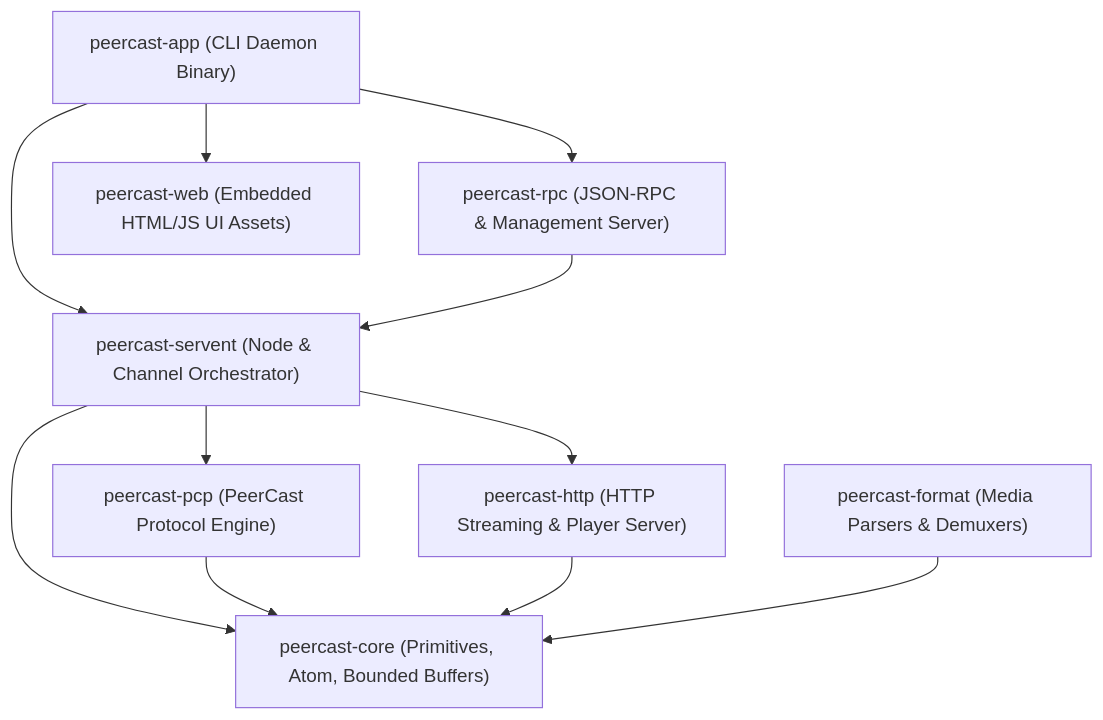
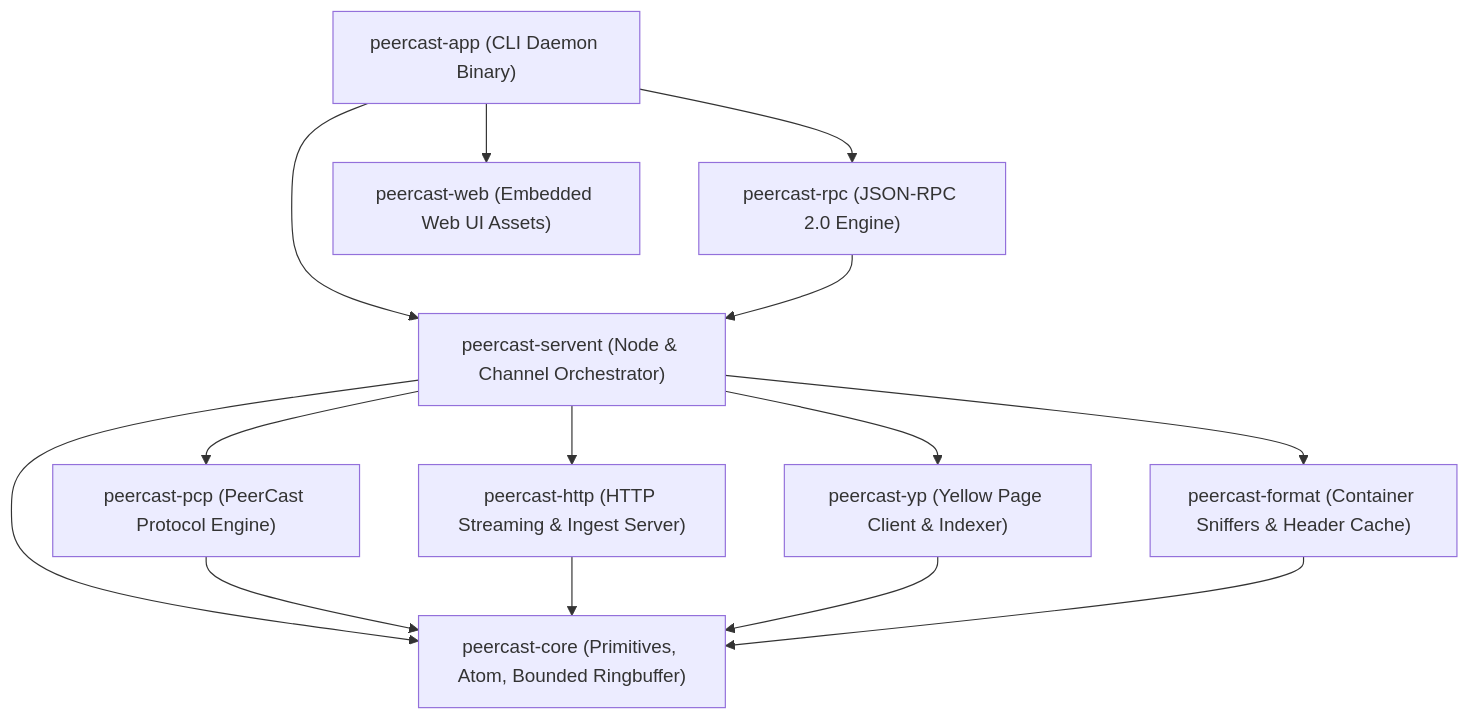
One commit to 4getkun/PeerCastStation_Rust changed the first of 2 diagrams in docs/SPECIFICATION.md. Above: the diagram before and after it, drawn with Mermaid. The commit also changed other lines of this file and 1 other file, not shown here.

````diff
--- a/docs/SPECIFICATION.md
+++ b/docs/SPECIFICATION.md
@@ -45,22 +45,26 @@
 ```mermaid
 graph TD
     App["peercast-app (CLI Daemon Binary)"]
     Servent["peercast-servent (Node & Channel Orchestrator)"]
-    RPC["peercast-rpc (JSON-RPC & Management Server)"]
-    Web["peercast-web (Embedded HTML/JS UI Assets)"]
-    HTTP["peercast-http (HTTP Streaming & Player Server)"]
+    RPC["peercast-rpc (JSON-RPC 2.0 Engine)"]
+    Web["peercast-web (Embedded Web UI Assets)"]
+    HTTP["peercast-http (HTTP Streaming & Ingest Server)"]
     PCP["peercast-pcp (PeerCast Protocol Engine)"]
-    Format["peercast-format (Media Parsers & Demuxers)"]
-    Core["peercast-core (Primitives, Atom, Bounded Buffers)"]
+    YP["peercast-yp (Yellow Page Client & Indexer)"]
+    Format["peercast-format (Container Sniffers & Header Cache)"]
+    Core["peercast-core (Primitives, Atom, Bounded Ringbuffer)"]
 
     App --> Servent
     App --> RPC
     App --> Web
     Servent --> HTTP
     Servent --> PCP
+    Servent --> YP
+    Servent --> Format
     Servent --> Core
     PCP --> Core
     HTTP --> Core
+    YP --> Core
     Format --> Core
     RPC --> Servent
 ```
````
